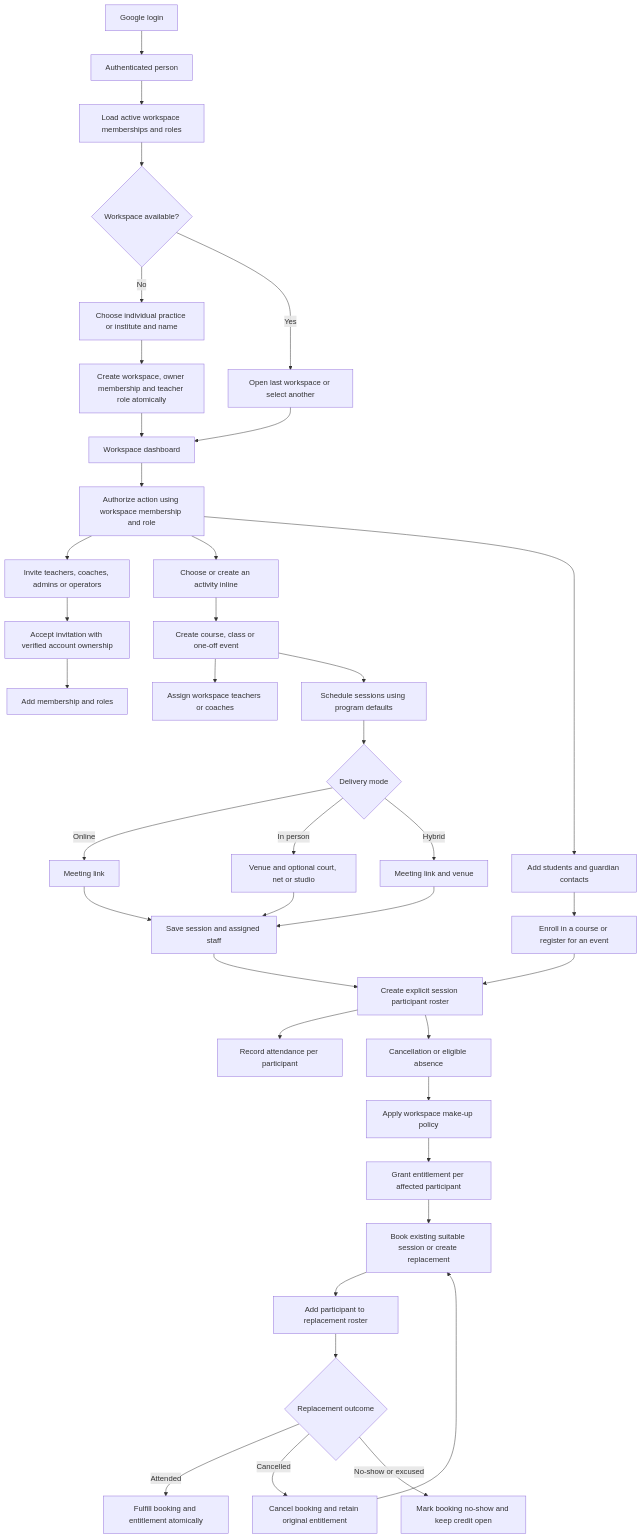
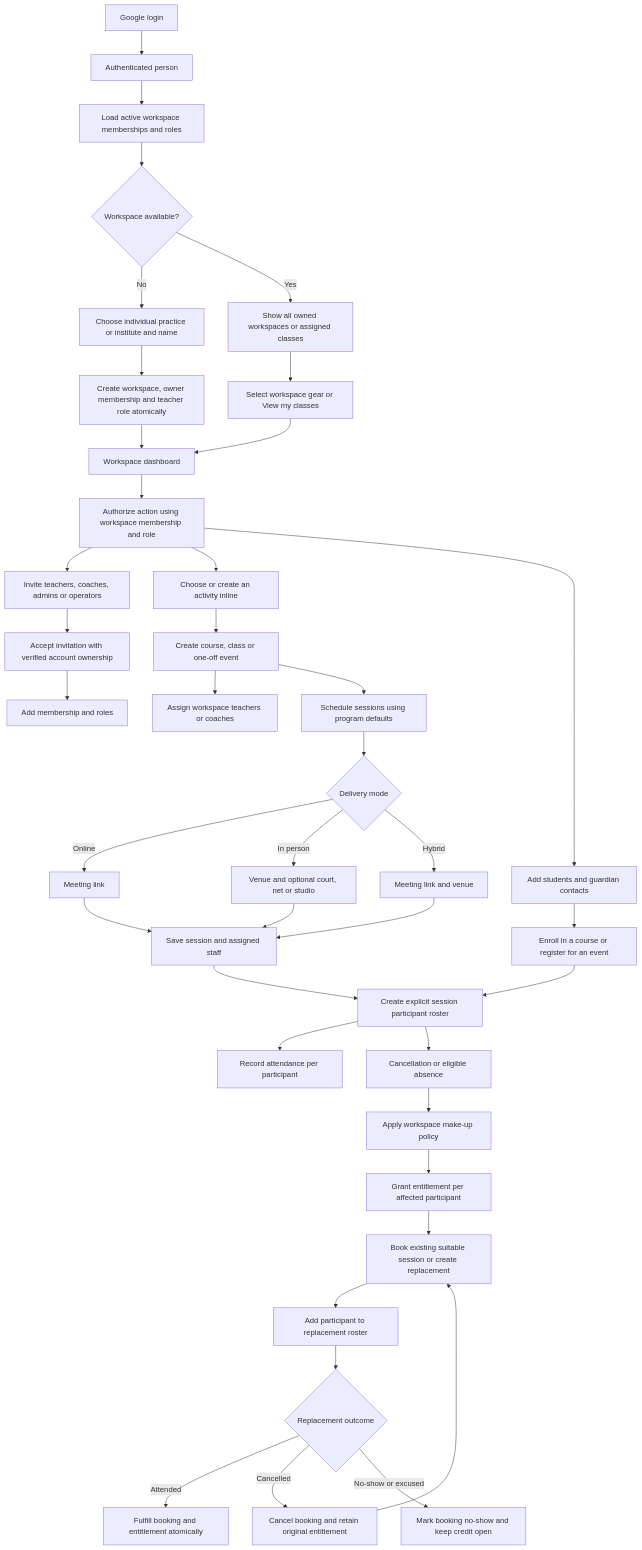
Before and after one commit to hereaniket1/classarit: the fourth of 10 diagrams in README.md, drawn with Mermaid. The commit also changed other lines of this file and 47 other files, not shown here.

Commit message:
Refine workspace dashboard and scheduling

````diff
--- a/README.md
+++ b/README.md
@@ -627,41 +670,42 @@
 ```mermaid
 flowchart TD
     Login[Google login] --> User[Authenticated person]
     User --> Memberships[Load active workspace memberships and roles]
     Memberships --> HasWorkspace{Workspace available?}
     HasWorkspace -->|No| Setup[Choose individual practice or institute and name]
     Setup --> Create[Create workspace, owner membership and teacher role atomically]
-    HasWorkspace -->|Yes| Select[Open last workspace or select another]
+    HasWorkspace -->|Yes| Select[Show all owned workspaces or assigned classes]
     Create --> Dashboard[Workspace dashboard]
-    Select --> Dashboard
+    Select --> Manage[Select workspace gear or View my classes]
+    Manage --> Dashboard
     Dashboard --> Gate[Authorize action using workspace membership and role]
     Gate --> Staff[Invite teachers, coaches, admins or operators]
     Staff --> Accept[Accept invitation with verified account ownership]
     Accept --> Members[Add membership and roles]
     Gate --> Activity[Choose or create an activity inline]
     Activity --> Program[Create course, class or one-off event]
     Program --> Teachers[Assign workspace teachers or coaches]
     Gate --> Students[Add students and guardian contacts]
     Students --> Enrollment[Enroll in a course or register for an event]
     Program --> Schedule[Schedule sessions using program defaults]
     Schedule --> Mode{Delivery mode}
     Mode -->|Online| Link[Meeting link]
     Mode -->|In person| Venue[Venue and optional court, net or studio]
     Mode -->|Hybrid| Both[Meeting link and venue]
     Link --> Session[Save session and assigned staff]
     Venue --> Session
     Both --> Session
     Enrollment --> Roster[Create explicit session participant roster]
     Session --> Roster
     Roster --> Attend[Record attendance per participant]
     Roster --> Missed[Cancellation or eligible absence]
     Missed --> Policy[Apply workspace make-up policy]
     Policy --> Credit[Grant entitlement per affected participant]
     Credit --> Book[Book existing suitable session or create replacement]
     Book --> Replacement[Add participant to replacement roster]
     Replacement --> Outcome{Replacement outcome}
     Outcome -->|Attended| Fulfill[Fulfill booking and entitlement atomically]
     Outcome -->|Cancelled| Reopen[Cancel booking and retain original entitlement]
     Reopen --> Book
     Outcome -->|No-show or excused| Review[Mark booking no-show and keep credit open]
 ```
````
